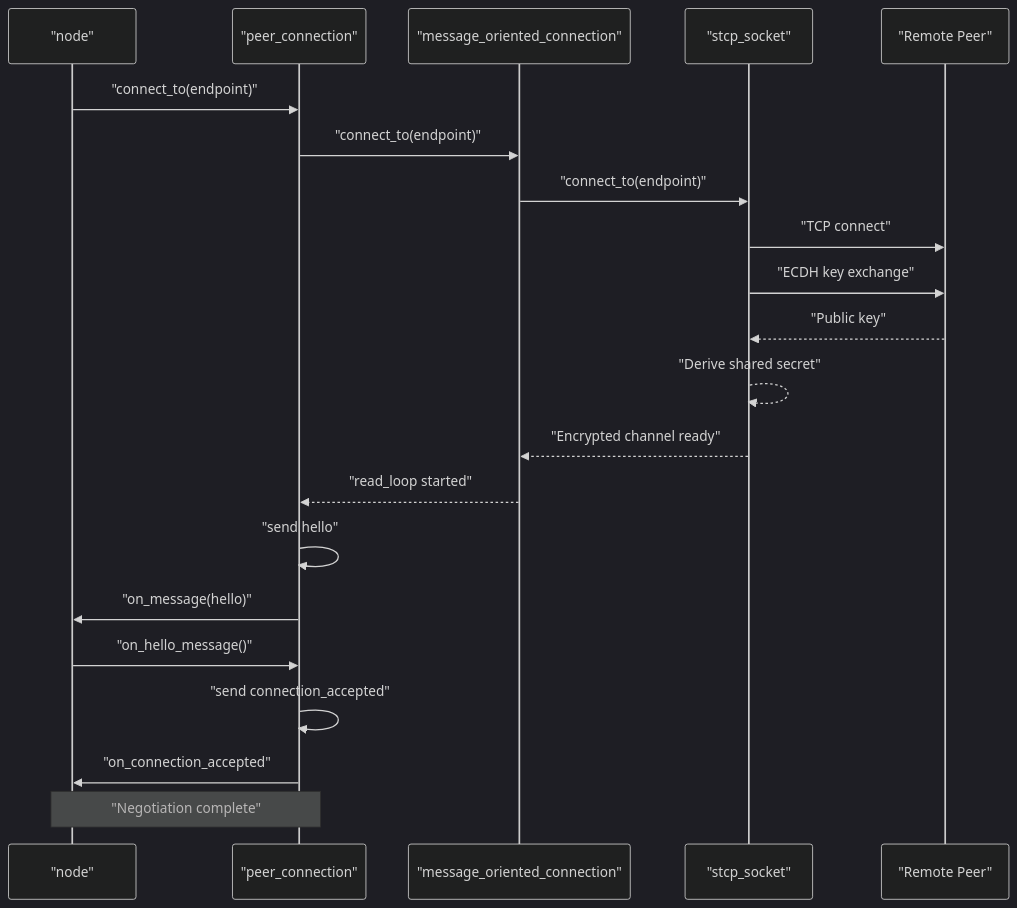
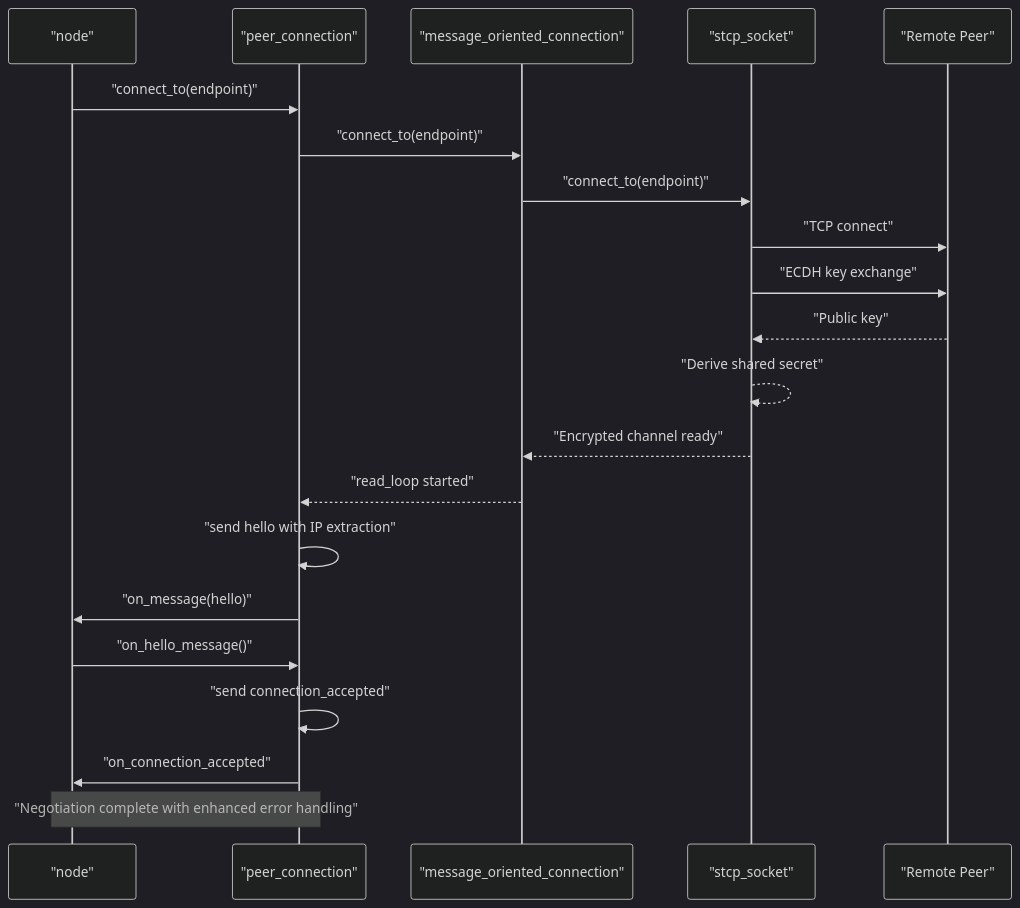
One commit to VIZ-Blockchain/viz-cpp-node changed the second of 9 diagrams in .qoder/repowiki/en/content/Architecture Overview/Core Libraries/Network Library/Peer Connection Management.md. Above: the diagram before and after it, drawn with Mermaid (dark theme). The commit also changed other lines of this file and 3 other files, not shown here.

````diff
--- a/.qoder/repowiki/en/content/Architecture Overview/Core Libraries/Network Library/Peer Connection Management.md
+++ b/.qoder/repowiki/en/content/Architecture Overview/Core Libraries/Network Library/Peer Connection Management.md
@@ -119,23 +128,23 @@
 ```mermaid
 sequenceDiagram
 participant Node as "node"
 participant Peer as "peer_connection"
 participant MOC as "message_oriented_connection"
 participant STCP as "stcp_socket"
 participant Remote as "Remote Peer"
 Node->>Peer : "connect_to(endpoint)"
 Peer->>MOC : "connect_to(endpoint)"
 MOC->>STCP : "connect_to(endpoint)"
 STCP->>Remote : "TCP connect"
 STCP->>Remote : "ECDH key exchange"
 Remote-->>STCP : "Public key"
 STCP-->>STCP : "Derive shared secret"
 STCP-->>MOC : "Encrypted channel ready"
 MOC-->>Peer : "read_loop started"
-Peer->>Peer : "send hello"
+Peer->>Peer : "send hello with IP extraction"
 Peer->>Node : "on_message(hello)"
 Node->>Peer : "on_hello_message()"
 Peer->>Peer : "send connection_accepted"
 Peer->>Node : "on_connection_accepted"
-Note over Peer,Node : "Negotiation complete"
+Note over Peer,Node : "Negotiation complete with enhanced error handling"
 ```
````
